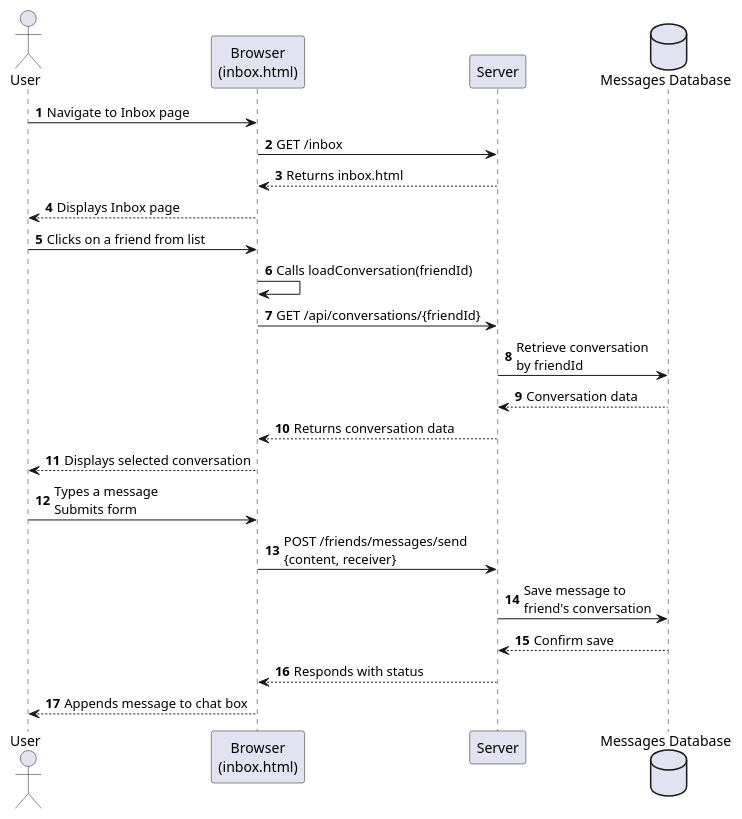
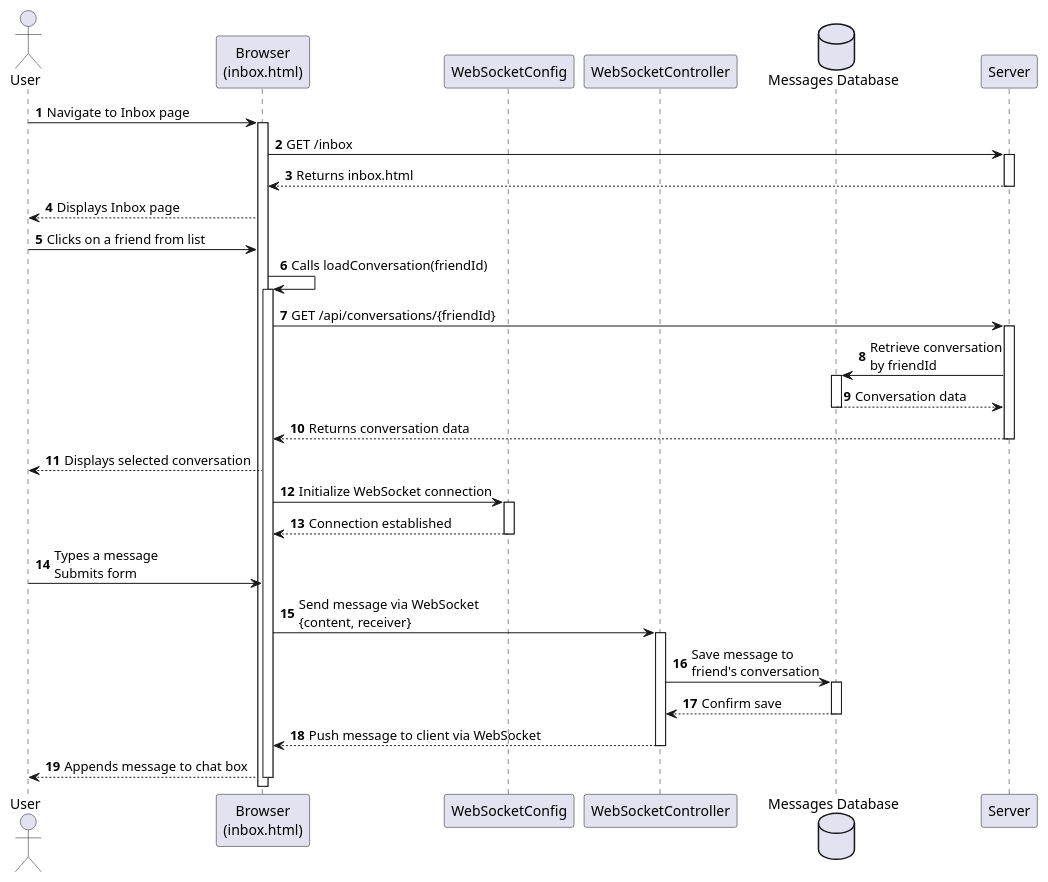
One commit to lukemcelligott/Offerly changed the diagram in OnlineAuction/Documents/UML Diagrams/Social/Inbox_SequenceDiagram.puml. Above: the diagram before and after it, drawn with PlantUML. The commit also changed 3 other files, not shown here.

Commit message:
Issue #42- Fixed Logic Error | Issue #74 - Updated User Doc and added Diagrams

```diff
--- a/OnlineAuction/Documents/UML Diagrams/Social/Inbox_SequenceDiagram.puml
+++ b/OnlineAuction/Documents/UML Diagrams/Social/Inbox_SequenceDiagram.puml
@@ -1,29 +1,48 @@
 @startuml
 autonumber
 
 Actor User
 participant "Browser\n(inbox.html)" as Browser
-participant Server
+participant "WebSocketConfig" as Config
+participant "WebSocketController" as Controller
 database "Messages Database" as DB
 
 User -> Browser: Navigate to Inbox page
+activate Browser
 Browser -> Server: GET /inbox
+activate Server
 Server --> Browser: Returns inbox.html
+deactivate Server
 Browser --> User: Displays Inbox page
 
 User -> Browser: Clicks on a friend from list
 Browser -> Browser: Calls loadConversation(friendId)
+activate Browser
 Browser -> Server: GET /api/conversations/{friendId}
+activate Server
 Server -> DB: Retrieve conversation\nby friendId
+activate DB
 DB --> Server: Conversation data
+deactivate DB
 Server --> Browser: Returns conversation data
+deactivate Server
 Browser --> User: Displays selected conversation
 
+Browser -> Config: Initialize WebSocket connection
+activate Config
+Config --> Browser: Connection established
+deactivate Config
+
 User -> Browser: Types a message\nSubmits form
-Browser -> Server: POST /friends/messages/send\n{content, receiver}
-Server -> DB: Save message to\nfriend's conversation
-DB --> Server: Confirm save
-Server --> Browser: Responds with status
+Browser -> Controller: Send message via WebSocket\n{content, receiver}
+activate Controller
+Controller -> DB: Save message to\nfriend's conversation
+activate DB
+DB --> Controller: Confirm save
+deactivate DB
+Controller --> Browser: Push message to client via WebSocket
+deactivate Controller
 Browser --> User: Appends message to chat box
+deactivate Browser
 
 @enduml
```
